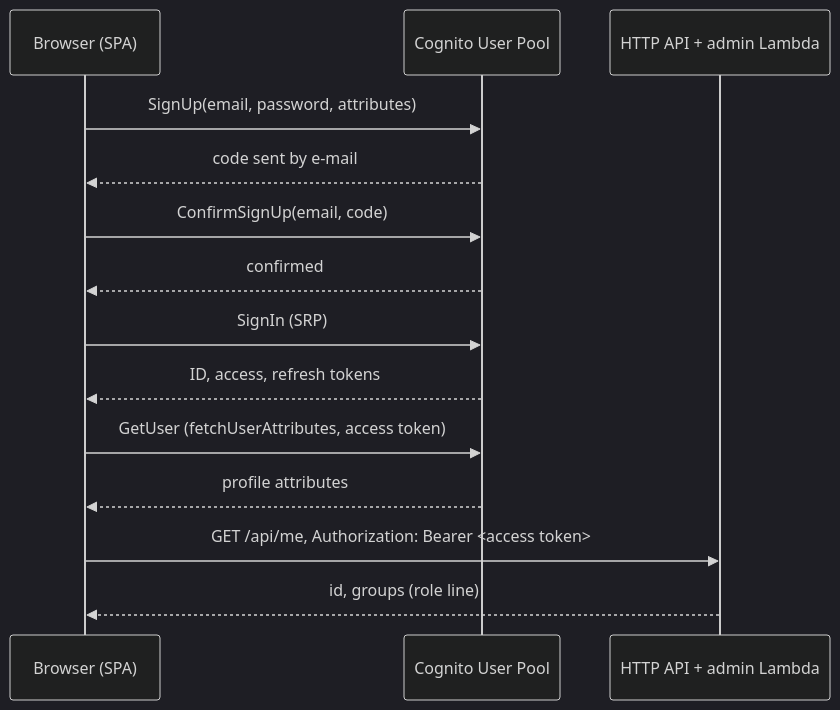
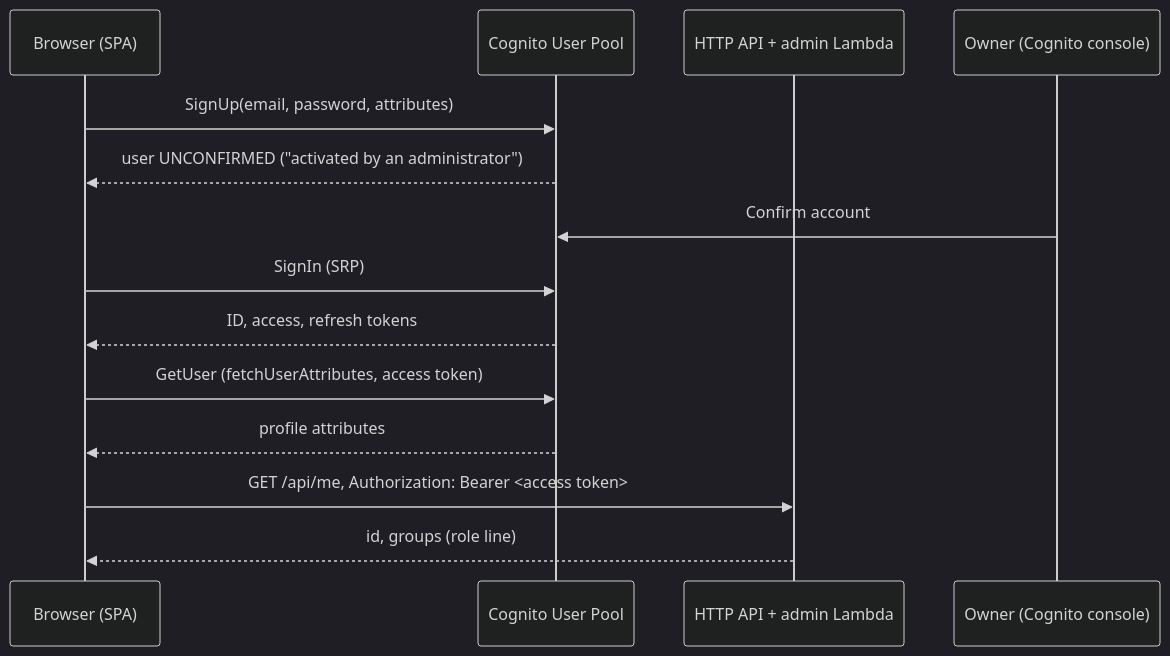
Before and after one commit to maxim-semenko/aws_challenge: the diagram in docs/design/authentication.md, drawn with Mermaid (dark theme). The commit also changed other lines of this file and 24 other files, not shown here.

````diff
--- a/docs/design/authentication.md
+++ b/docs/design/authentication.md
@@ -20,16 +22,16 @@
 ```mermaid
 sequenceDiagram
     participant B as Browser (SPA)
     participant C as Cognito User Pool
     participant A as HTTP API + admin Lambda
+    participant O as Owner (Cognito console)
     B->>C: SignUp(email, password, attributes)
-    C-->>B: code sent by e-mail
-    B->>C: ConfirmSignUp(email, code)
-    C-->>B: confirmed
+    C-->>B: user UNCONFIRMED ("activated by an administrator")
+    O->>C: Confirm account
     B->>C: SignIn (SRP)
     C-->>B: ID, access, refresh tokens
     B->>C: GetUser (fetchUserAttributes, access token)
     C-->>B: profile attributes
     B->>A: GET /api/me, Authorization: Bearer <access token>
     A-->>B: id, groups (role line)
 ```
````
